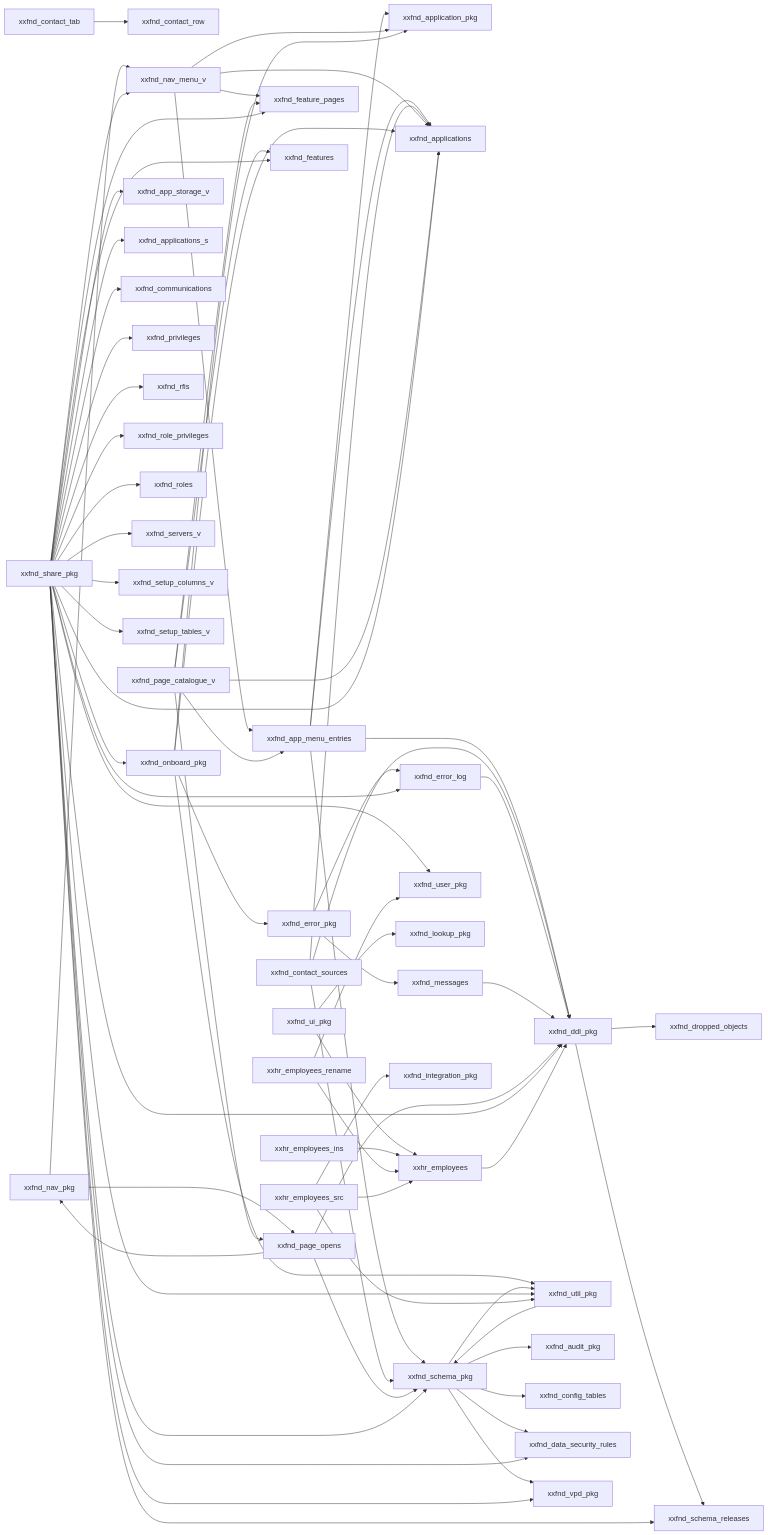
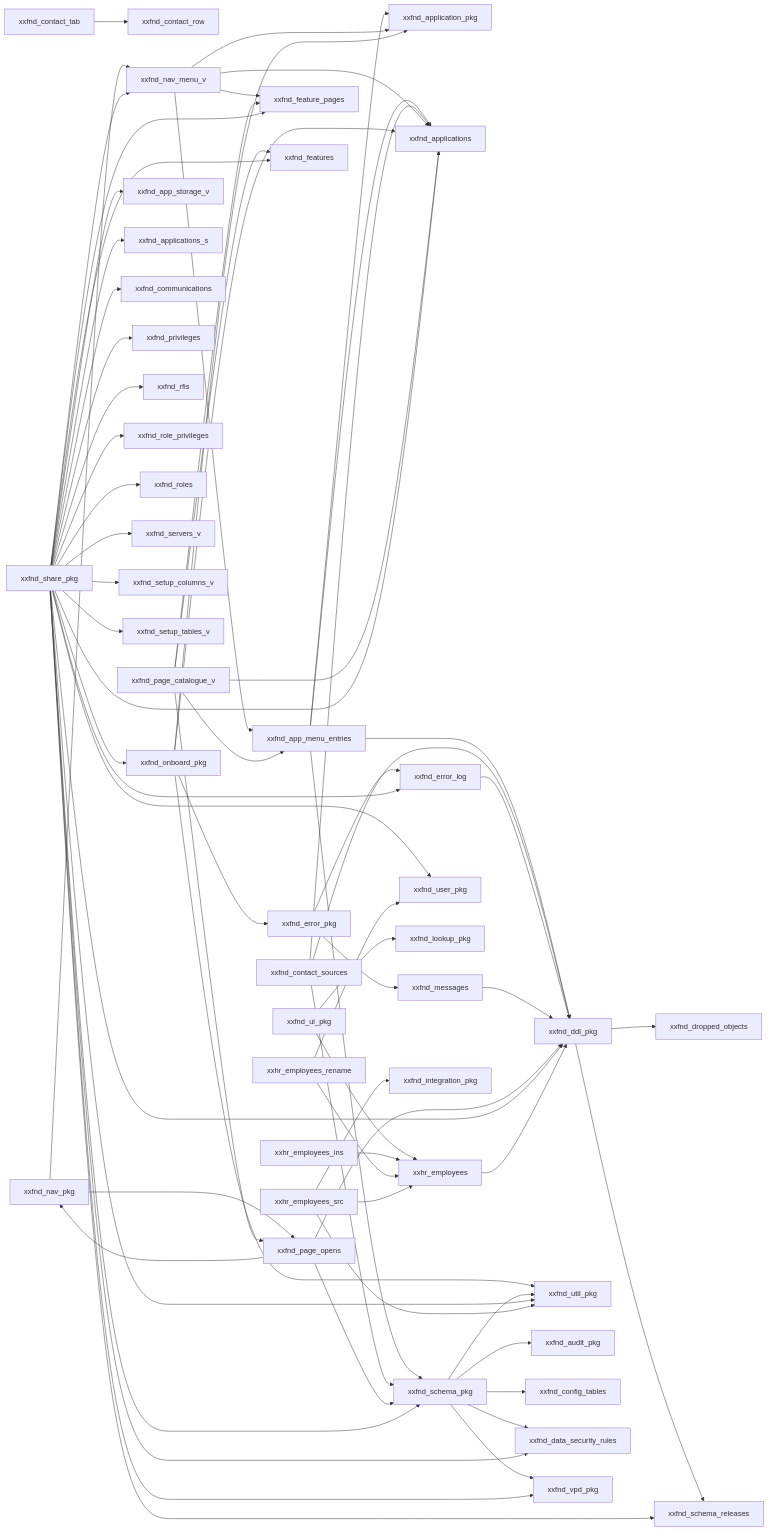
Before and after one commit to mazharr-hussain/KycReport: the diagram in repos/common/db/deploy/diagrams/framework.md, drawn with Mermaid. The commit also changed 524 other files, not shown here.

````diff
--- a/repos/common/db/deploy/diagrams/framework.md
+++ b/repos/common/db/deploy/diagrams/framework.md
@@ -3,73 +3,72 @@
 ```mermaid
 graph LR
     xxfnd_app_menu_entries --> xxfnd_application_pkg
     xxfnd_app_menu_entries --> xxfnd_applications
     xxfnd_app_menu_entries --> xxfnd_ddl_pkg
     xxfnd_app_menu_entries --> xxfnd_schema_pkg
     xxfnd_contact_sources --> xxfnd_applications
     xxfnd_contact_sources --> xxfnd_ddl_pkg
     xxfnd_contact_sources --> xxfnd_schema_pkg
     xxfnd_contact_tab --> xxfnd_contact_row
     xxfnd_ddl_pkg --> xxfnd_dropped_objects
     xxfnd_ddl_pkg --> xxfnd_schema_releases
     xxfnd_error_log --> xxfnd_ddl_pkg
     xxfnd_error_pkg --> xxfnd_error_log
     xxfnd_error_pkg --> xxfnd_messages
     xxfnd_messages --> xxfnd_ddl_pkg
     xxfnd_nav_menu_v --> xxfnd_app_menu_entries
     xxfnd_nav_menu_v --> xxfnd_application_pkg
     xxfnd_nav_menu_v --> xxfnd_applications
     xxfnd_nav_menu_v --> xxfnd_feature_pages
     xxfnd_nav_pkg --> xxfnd_nav_menu_v
     xxfnd_nav_pkg --> xxfnd_page_opens
     xxfnd_onboard_pkg --> xxfnd_application_pkg
     xxfnd_onboard_pkg --> xxfnd_applications
     xxfnd_onboard_pkg --> xxfnd_error_pkg
     xxfnd_onboard_pkg --> xxfnd_util_pkg
     xxfnd_page_catalogue_v --> xxfnd_app_menu_entries
     xxfnd_page_catalogue_v --> xxfnd_applications
     xxfnd_page_catalogue_v --> xxfnd_feature_pages
     xxfnd_page_catalogue_v --> xxfnd_features
     xxfnd_page_catalogue_v --> xxfnd_page_opens
     xxfnd_page_opens --> xxfnd_ddl_pkg
     xxfnd_page_opens --> xxfnd_nav_pkg
     xxfnd_page_opens --> xxfnd_schema_pkg
     xxfnd_schema_pkg --> xxfnd_audit_pkg
     xxfnd_schema_pkg --> xxfnd_config_tables
     xxfnd_schema_pkg --> xxfnd_data_security_rules
     xxfnd_schema_pkg --> xxfnd_util_pkg
     xxfnd_schema_pkg --> xxfnd_vpd_pkg
     xxfnd_share_pkg --> xxfnd_app_storage_v
     xxfnd_share_pkg --> xxfnd_applications
     xxfnd_share_pkg --> xxfnd_applications_s
     xxfnd_share_pkg --> xxfnd_communications
     xxfnd_share_pkg --> xxfnd_data_security_rules
     xxfnd_share_pkg --> xxfnd_ddl_pkg
     xxfnd_share_pkg --> xxfnd_error_log
     xxfnd_share_pkg --> xxfnd_feature_pages
     xxfnd_share_pkg --> xxfnd_features
     xxfnd_share_pkg --> xxfnd_nav_menu_v
     xxfnd_share_pkg --> xxfnd_onboard_pkg
     xxfnd_share_pkg --> xxfnd_privileges
     xxfnd_share_pkg --> xxfnd_rfis
     xxfnd_share_pkg --> xxfnd_role_privileges
     xxfnd_share_pkg --> xxfnd_roles
     xxfnd_share_pkg --> xxfnd_schema_pkg
     xxfnd_share_pkg --> xxfnd_schema_releases
     xxfnd_share_pkg --> xxfnd_servers_v
     xxfnd_share_pkg --> xxfnd_setup_columns_v
     xxfnd_share_pkg --> xxfnd_setup_tables_v
     xxfnd_share_pkg --> xxfnd_user_pkg
     xxfnd_share_pkg --> xxfnd_util_pkg
     xxfnd_share_pkg --> xxfnd_vpd_pkg
     xxfnd_ui_pkg --> xxfnd_lookup_pkg
     xxfnd_ui_pkg --> xxhr_employees
-    xxfnd_util_pkg --> xxfnd_schema_pkg
     xxhr_employees --> xxfnd_ddl_pkg
     xxhr_employees_ins --> xxhr_employees
     xxhr_employees_rename --> xxfnd_user_pkg
     xxhr_employees_rename --> xxhr_employees
     xxhr_employees_src --> xxfnd_integration_pkg
     xxhr_employees_src --> xxfnd_util_pkg
     xxhr_employees_src --> xxhr_employees
 ```
````
